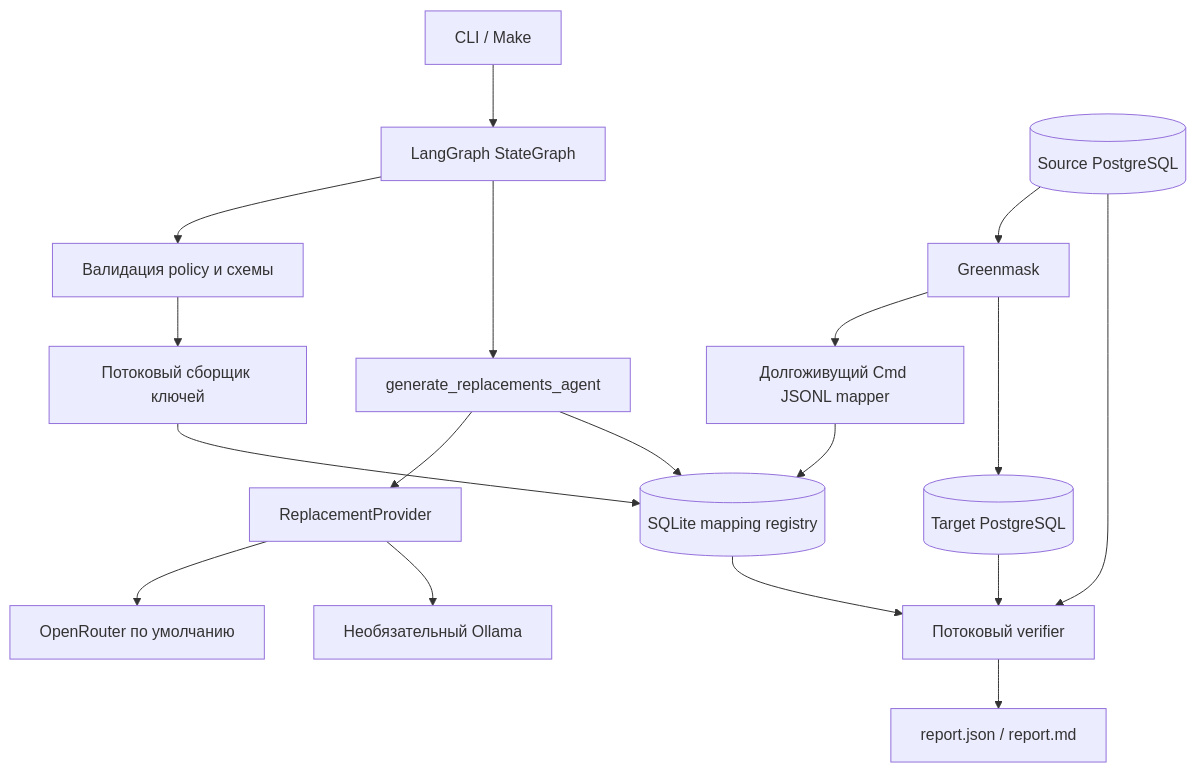
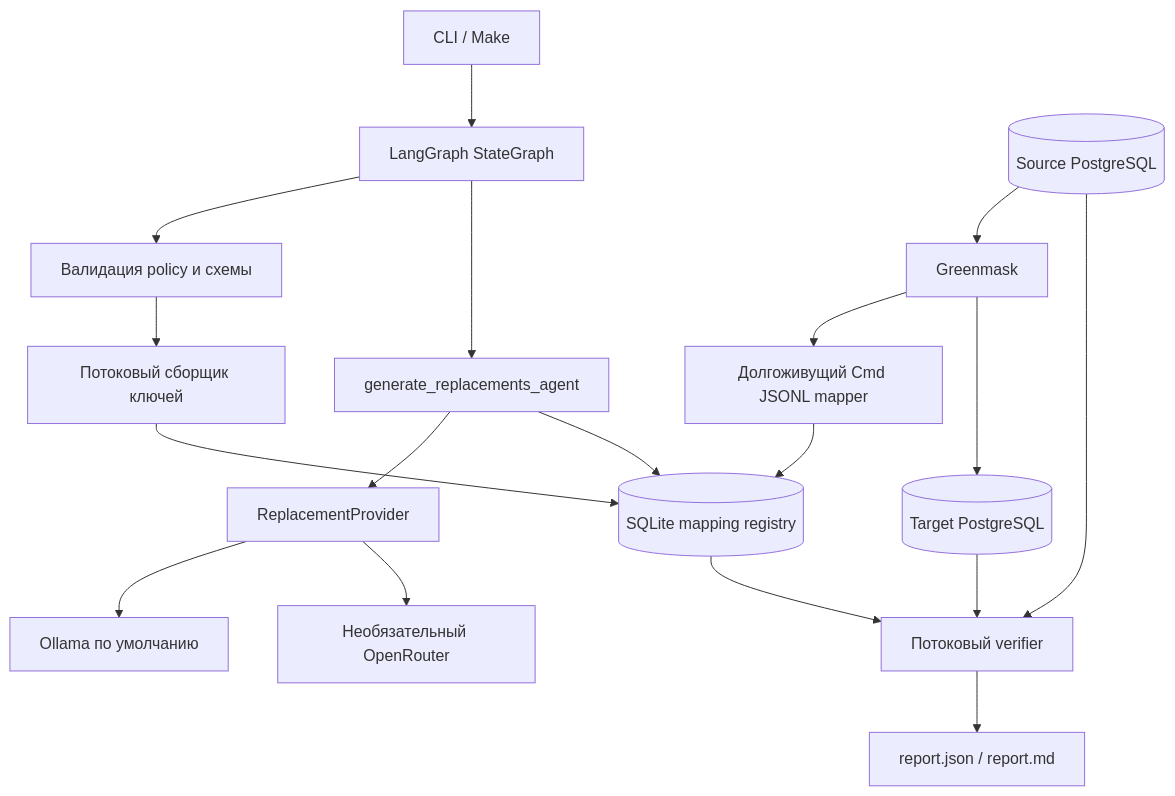
Before and after one commit to CrazyAngelm/db-sanitizer: the diagram in README.md, drawn with Mermaid. The commit also changed other lines of this file and 19 other files, not shown here.

````diff
--- a/README.md
+++ b/README.md
@@ -21,20 +21,20 @@
 ```mermaid
 flowchart TD
     CLI[CLI / Make] --> LG[LangGraph StateGraph]
     LG --> P[Валидация policy и схемы]
     P --> C[Потоковый сборщик ключей]
     C --> R[(SQLite mapping registry)]
     LG --> A[generate_replacements_agent]
     A --> LP[ReplacementProvider]
-    LP --> OR[OpenRouter по умолчанию]
-    LP --> OL[Необязательный Ollama]
+    LP --> OL[Ollama по умолчанию]
+    LP --> OR[Необязательный OpenRouter]
     A --> R
     S[(Source PostgreSQL)] --> GM[Greenmask]
     GM --> M[Долгоживущий Cmd JSONL mapper]
     M --> R
     GM --> T[(Target PostgreSQL)]
     S --> V[Потоковый verifier]
     T --> V
     R --> V
     V --> REP[report.json / report.md]
 ```
````
